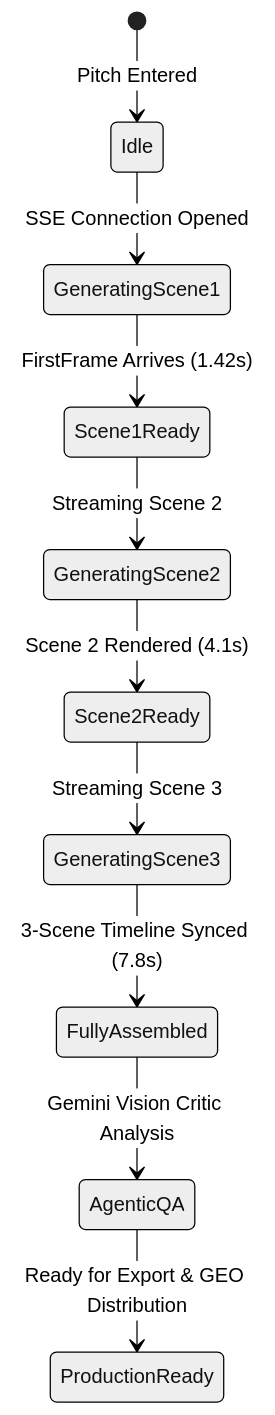
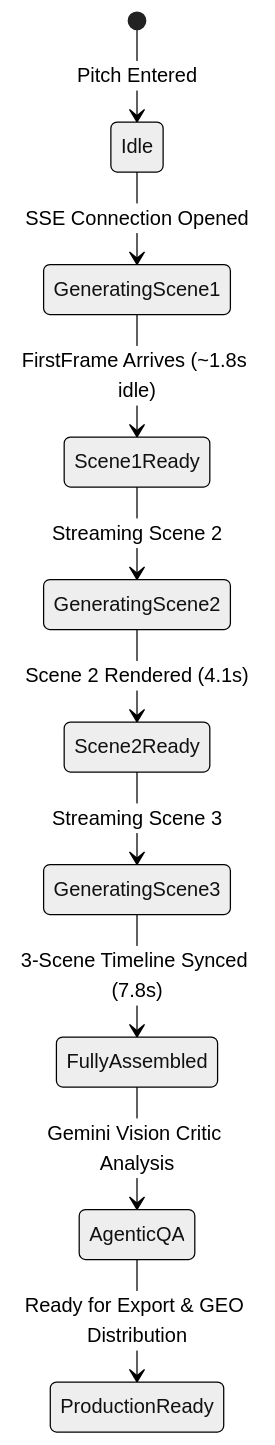
Before and after one commit to N-45div/Ashky: the third of 3 diagrams in README.md, drawn with Mermaid (neutral theme). The commit also changed other lines of this file and 2 other files, not shown here.

Commit message:
docs: align veo models, dashboard path, env vars, token ranges, and idle latency

````diff
--- a/README.md
+++ b/README.md
@@ -146,12 +146,12 @@
 ```mermaid
 stateDiagram-v2
     [*] --> Idle: Pitch Entered
     Idle --> GeneratingScene1: SSE Connection Opened
-    GeneratingScene1 --> Scene1Ready: FirstFrame Arrives (1.42s)
+    GeneratingScene1 --> Scene1Ready: FirstFrame Arrives (~1.8s idle)
     Scene1Ready --> GeneratingScene2: Streaming Scene 2
     GeneratingScene2 --> Scene2Ready: Scene 2 Rendered (4.1s)
     Scene2Ready --> GeneratingScene3: Streaming Scene 3
     GeneratingScene3 --> FullyAssembled: 3-Scene Timeline Synced (7.8s)
     FullyAssembled --> AgenticQA: Gemini Vision Critic Analysis
     AgenticQA --> ProductionReady: Ready for Export & GEO Distribution
 ```
````
